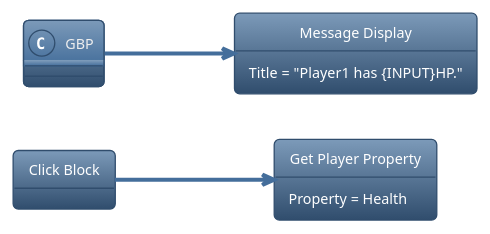
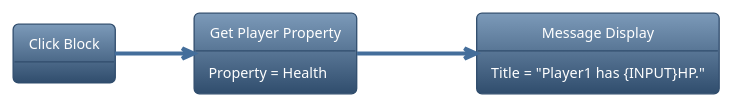
Diagram 14 of 21 in Logic.md (chokes-Web-Repositories/Wubby-WikiJS), drawn with PlantUML before and after one commit. The commit also changed other lines of this file, not shown here.

Commit message:
docs: update Logic

````diff
--- a/Logic.md
+++ b/Logic.md
@@ -493,16 +493,16 @@
 ```plantuml
 @startuml
 !theme spacelab
 left to right direction
 object "Click Block" as CB
 object "Get Player Property" as GPP {
   Property = Health
 }
 object "Message Display" as MD {
 	Title = "Player1 has {INPUT}HP."
 }
 
 CB --> GPP
-GBP --> MD: 100
+GPP --> MD: 100
 @enduml
 ```
````
